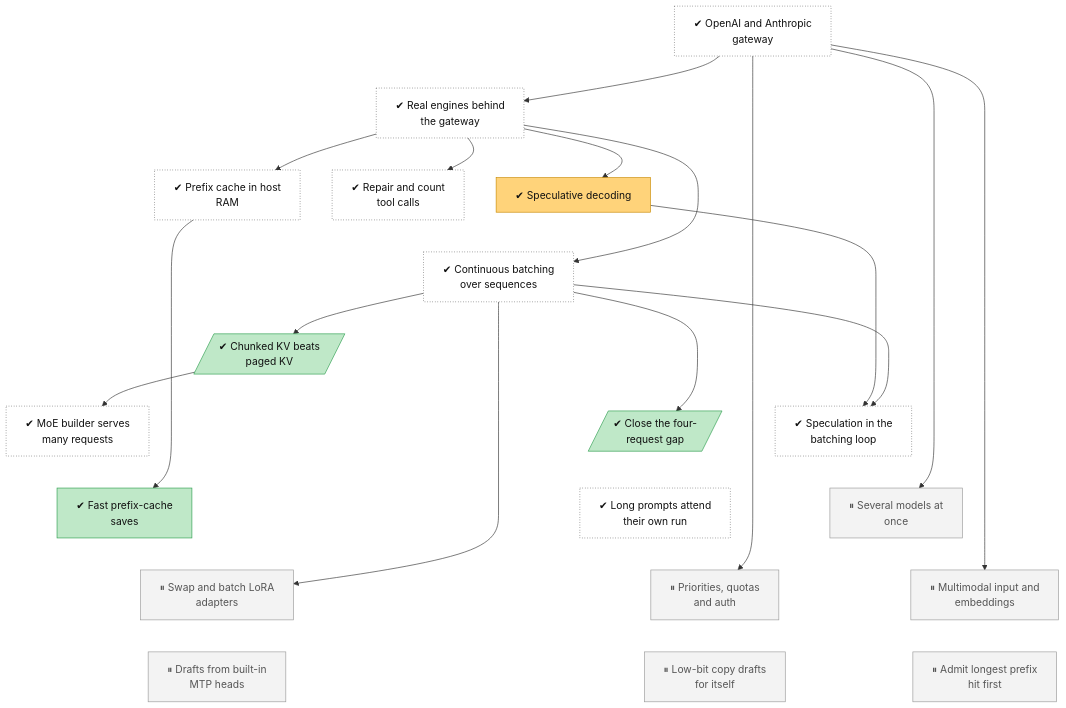
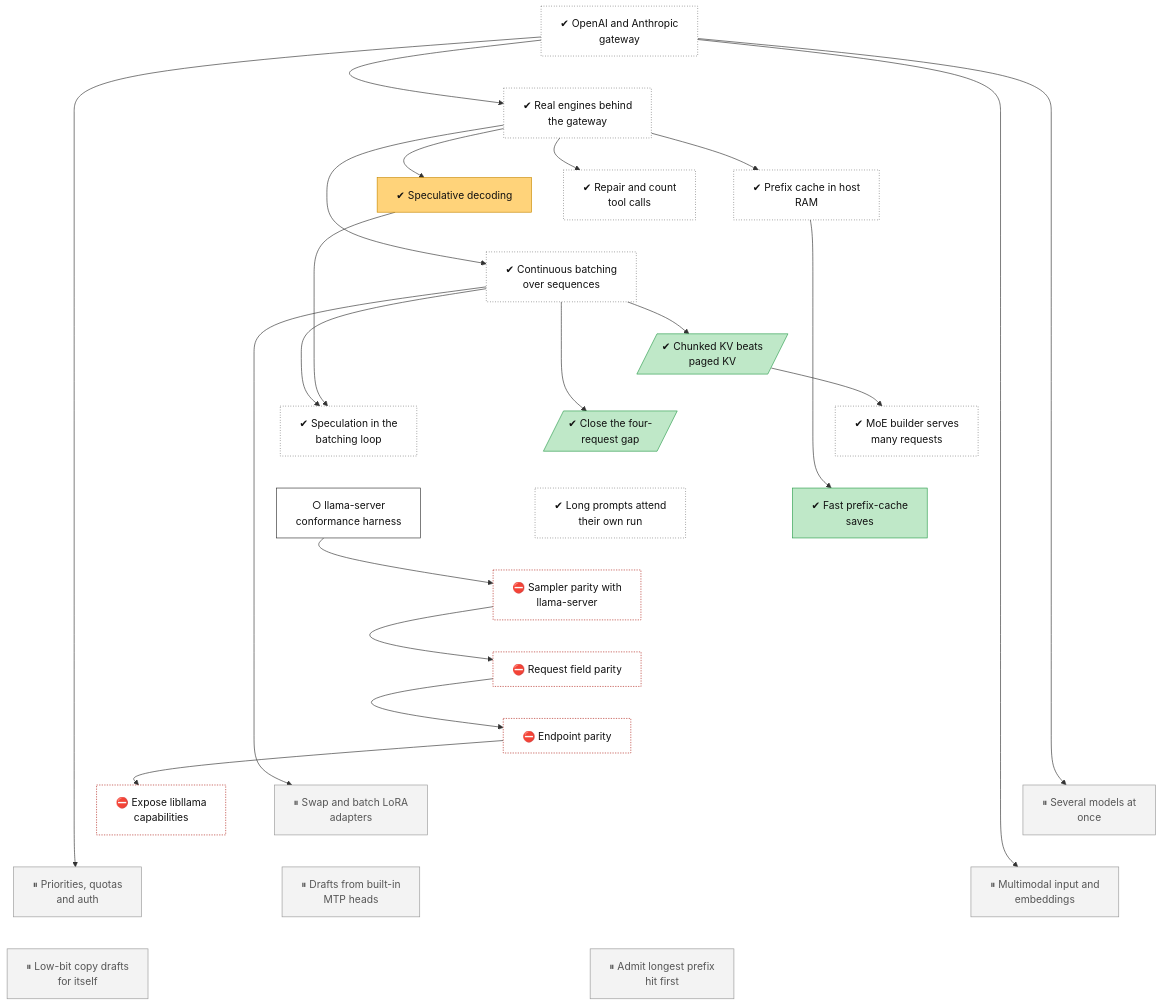
Before and after one commit to lhns/tetraeder: the diagram in docs/roadmap/tracks/serving.md, drawn with Mermaid. The commit also changed other lines of this file and 7 other files, not shown here.

Commit message:
Parity gap matrix (docs/notes/llamacpp-parity.md, verified at the pin) and tree nodes serving-parity-* (harness next); links from README, features and ADR 0083 (not measured)

````diff
--- a/docs/roadmap/tracks/serving.md
+++ b/docs/roadmap/tracks/serving.md
@@ -21,6 +21,11 @@
     serving_spec_batching["✔ Speculation in the<br/>batching loop"]
     serving_prefix_save["✔ Fast prefix-cache<br/>saves"]
     serving_own_run_attention["✔ Long prompts attend<br/>their own run"]
+    serving_parity_harness["○ llama-server<br/>conformance harness"]
+    serving_parity_sampling["⛔ Sampler parity with<br/>llama-server"]
+    serving_parity_fields["⛔ Request field parity"]
+    serving_parity_endpoints["⛔ Endpoint parity"]
+    serving_parity_libllama["⛔ Expose libllama<br/>capabilities"]
     serving_multi_model["⏸ Several models at<br/>once"]
     serving_multi_lora["⏸ Swap and batch LoRA<br/>adapters"]
     serving_auth_quotas["⏸ Priorities, quotas<br/>and auth"]
@@ -41,13 +46,21 @@
     serving_kv_layout ~~~ serving_spec_batching
     serving_moe_batch ~~~ serving_prefix_save
     serving_c4_gap ~~~ serving_own_run_attention
-    serving_spec_batching ~~~ serving_multi_model
-    serving_prefix_save ~~~ serving_multi_lora
-    serving_own_run_attention ~~~ serving_auth_quotas
+    serving_spec_batching ~~~ serving_parity_harness
+    serving_prefix_save ~~~ serving_parity_sampling
+    serving_own_run_attention ~~~ serving_parity_sampling
+    serving_parity_harness ~~~ serving_parity_sampling
+    serving_parity_sampling ~~~ serving_parity_fields
+    serving_parity_fields ~~~ serving_parity_endpoints
+    serving_parity_endpoints ~~~ serving_parity_libllama
+    serving_parity_endpoints ~~~ serving_multi_model
+    serving_parity_endpoints ~~~ serving_multi_lora
+    serving_parity_libllama ~~~ serving_auth_quotas
     serving_multi_model ~~~ serving_multimodal
     serving_multi_lora ~~~ serving_mtp_drafts
     serving_auth_quotas ~~~ serving_self_spec
     serving_multimodal ~~~ serving_prefix_first
+    serving_mtp_drafts ~~~ serving_prefix_first
     serving_gateway --> serving_real_engines
     serving_real_engines --> serving_prefix_cache
     serving_real_engines --> serving_speculative
@@ -59,6 +72,10 @@
     serving_speculative --> serving_spec_batching
     serving_batching --> serving_spec_batching
     serving_prefix_cache --> serving_prefix_save
+    serving_parity_harness --> serving_parity_sampling
+    serving_parity_sampling --> serving_parity_fields
+    serving_parity_fields --> serving_parity_endpoints
+    serving_parity_endpoints --> serving_parity_libllama
     serving_gateway --> serving_multi_model
     serving_batching --> serving_multi_lora
     serving_gateway --> serving_auth_quotas
@@ -80,5 +97,7 @@
     class serving_gateway,serving_real_engines,serving_prefix_cache,serving_tool_calls,serving_batching,serving_moe_batch,serving_spec_batching,serving_own_run_attention unrated
     class serving_speculative mixed
     class serving_kv_layout,serving_c4_gap,serving_prefix_save succ
+    class serving_parity_harness next
+    class serving_parity_sampling,serving_parity_fields,serving_parity_endpoints,serving_parity_libllama blocked
     class serving_multi_model,serving_multi_lora,serving_auth_quotas,serving_multimodal,serving_mtp_drafts,serving_self_spec,serving_prefix_first parked
 ```
````
